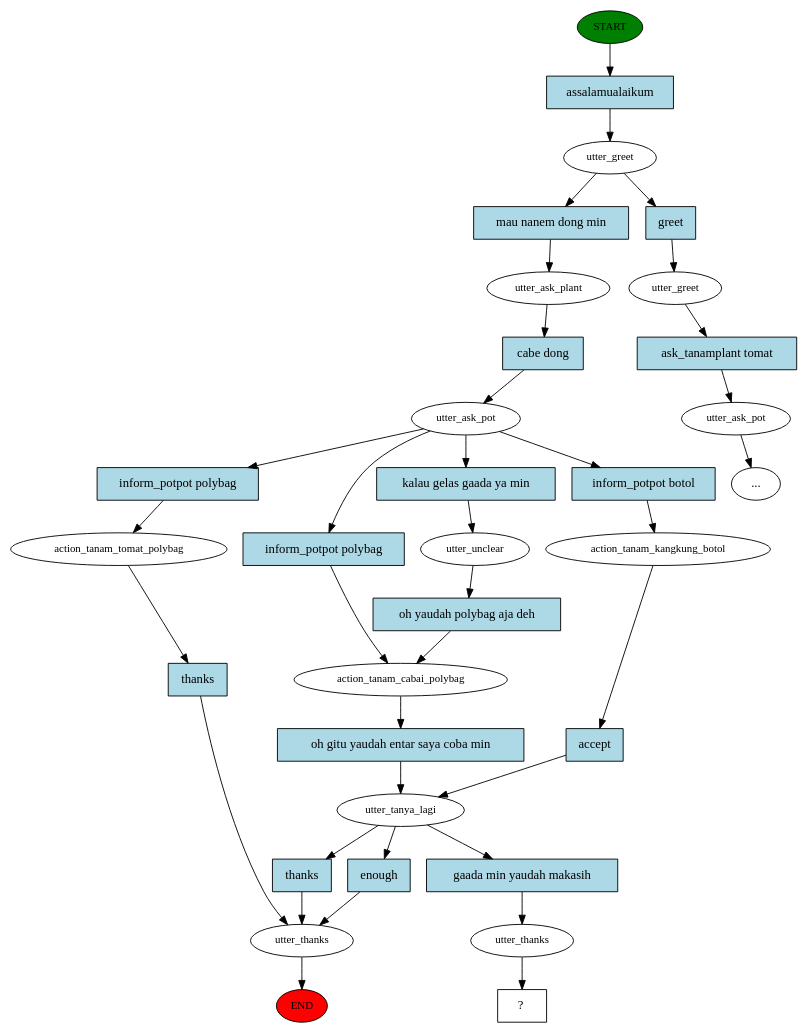
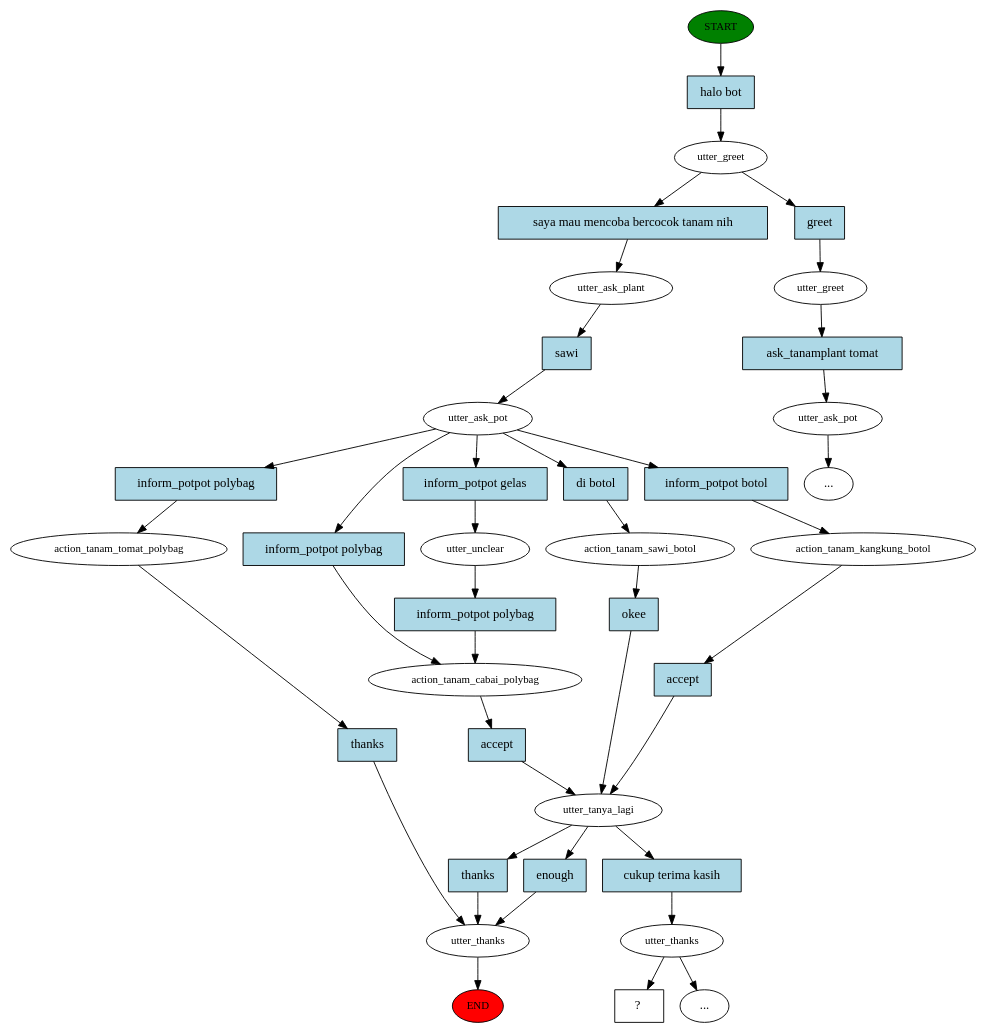
The diagram in story_graph.dot (naufalmukhbit/Chatbot2019), drawn with Graphviz before and after one commit. The commit also changed 16 other files, not shown here.

```diff
--- a/story_graph.dot
+++ b/story_graph.dot
@@ -1,69 +1,78 @@
 digraph  {
 0 [class="start active", fillcolor=green, fontsize=12, label=START, style=filled];
 "-1" [class=end, fillcolor=red, fontsize=12, label=END, style=filled];
 1 [class=active, fontsize=12, label=utter_greet];
 2 [class=active, fontsize=12, label=utter_ask_plant];
 3 [class=active, fontsize=12, label=utter_ask_pot];
-4 [class="", fontsize=12, label=action_tanam_tomat_polybag];
-5 [class="", fontsize=12, label=utter_thanks];
-9 [class=active, fontsize=12, label=action_tanam_cabai_polybag];
-10 [class=active, fontsize=12, label=utter_tanya_lagi];
-13 [class="", fontsize=12, label=utter_greet];
-14 [class="", fontsize=12, label=utter_ask_pot];
+4 [class="", fontsize=12, label=action_tanam_kangkung_botol];
+5 [class=active, fontsize=12, label=utter_tanya_lagi];
+6 [class="", fontsize=12, label=utter_thanks];
+10 [class="", fontsize=12, label=action_tanam_tomat_polybag];
+15 [class="", fontsize=12, label=action_tanam_cabai_polybag];
+19 [class="", fontsize=12, label=utter_greet];
+20 [class="", fontsize=12, label=utter_ask_pot];
 "-3" [class=ellipsis, label="..."];
-18 [class="", fontsize=12, label=action_tanam_kangkung_botol];
-24 [class=active, fontsize=12, label=utter_unclear];
+24 [class="", fontsize=12, label=utter_unclear];
 27 [class=active, fontsize=12, label=utter_thanks];
-28 [class="intent dashed active", label="  ?  ", shape=rect];
-29 [class="intent active", fillcolor=lightblue, label=assalamualaikum, shape=rect, style=filled];
-30 [class="intent active", fillcolor=lightblue, label="mau nanem dong min", shape=rect, style=filled];
-31 [class=intent, fillcolor=lightblue, label=greet, shape=rect, style=filled];
-32 [class="intent active", fillcolor=lightblue, label="cabe dong", shape=rect, style=filled];
-33 [class=intent, fillcolor=lightblue, label="inform_potpot polybag", shape=rect, style=filled];
-34 [class=intent, fillcolor=lightblue, label="inform_potpot polybag", shape=rect, style=filled];
-35 [class=intent, fillcolor=lightblue, label="inform_potpot botol", shape=rect, style=filled];
-36 [class="intent active", fillcolor=lightblue, label="kalau gelas gaada ya min", shape=rect, style=filled];
-37 [class=intent, fillcolor=lightblue, label=thanks, shape=rect, style=filled];
-38 [class="intent active", fillcolor=lightblue, label="oh gitu yaudah entar saya coba min", shape=rect, style=filled];
-39 [class=intent, fillcolor=lightblue, label=thanks, shape=rect, style=filled];
-40 [class=intent, fillcolor=lightblue, label=enough, shape=rect, style=filled];
-41 [class="intent active", fillcolor=lightblue, label="gaada min yaudah makasih", shape=rect, style=filled];
-42 [class=intent, fillcolor=lightblue, label="ask_tanamplant tomat", shape=rect, style=filled];
-43 [class=intent, fillcolor=lightblue, label=accept, shape=rect, style=filled];
-44 [class="intent active", fillcolor=lightblue, label="oh yaudah polybag aja deh", shape=rect, style=filled];
-0 -> 29  [class=active, key=0];
-1 -> 30  [class=active, key=0];
-1 -> 31  [class="", key=0];
-2 -> 32  [class=active, key=0];
-3 -> 33  [class="", key=0];
-3 -> 34  [class="", key=0];
-3 -> 35  [class="", key=0];
-3 -> 36  [class=active, key=0];
-4 -> 37  [class="", key=0];
-5 -> "-1"  [class="", key=NONE, label=""];
-9 -> 38  [class=active, key=0];
-10 -> 39  [class="", key=0];
-10 -> 40  [class="", key=0];
-10 -> 41  [class=active, key=0];
-13 -> 42  [class="", key=0];
-14 -> "-3"  [class="", key=NONE, label=""];
-18 -> 43  [class="", key=0];
-24 -> 44  [class=active, key=0];
-27 -> 28  [class=active, key=NONE, label=""];
-29 -> 1  [class=active, key=0];
-30 -> 2  [class=active, key=0];
-31 -> 13  [class="", key=0];
-32 -> 3  [class=active, key=0];
-33 -> 4  [class="", key=0];
-34 -> 9  [class="", key=0];
-35 -> 18  [class="", key=0];
-36 -> 24  [class=active, key=0];
-37 -> 5  [class="", key=0];
-38 -> 10  [class=active, key=0];
-39 -> 5  [class="", key=0];
-40 -> 5  [class="", key=0];
-41 -> 27  [class=active, key=0];
-42 -> 14  [class="", key=0];
-43 -> 10  [class="", key=0];
-44 -> 9  [class=active, key=0];
+"-4" [class=ellipsis, label="..."];
+31 [class=active, fontsize=12, label=action_tanam_sawi_botol];
+34 [class="intent dashed active", label="  ?  ", shape=rect];
+35 [class="intent active", fillcolor=lightblue, label="halo bot", shape=rect, style=filled];
+36 [class="intent active", fillcolor=lightblue, label="saya mau mencoba bercocok tanam nih", shape=rect, style=filled];
+37 [class=intent, fillcolor=lightblue, label=greet, shape=rect, style=filled];
+38 [class="intent active", fillcolor=lightblue, label=sawi, shape=rect, style=filled];
+39 [class=intent, fillcolor=lightblue, label="inform_potpot botol", shape=rect, style=filled];
+40 [class=intent, fillcolor=lightblue, label="inform_potpot polybag", shape=rect, style=filled];
+41 [class=intent, fillcolor=lightblue, label="inform_potpot polybag", shape=rect, style=filled];
+42 [class=intent, fillcolor=lightblue, label="inform_potpot gelas", shape=rect, style=filled];
+43 [class="intent active", fillcolor=lightblue, label="di botol", shape=rect, style=filled];
+44 [class=intent, fillcolor=lightblue, label=accept, shape=rect, style=filled];
+45 [class=intent, fillcolor=lightblue, label=enough, shape=rect, style=filled];
+46 [class=intent, fillcolor=lightblue, label=thanks, shape=rect, style=filled];
+47 [class="intent active", fillcolor=lightblue, label="cukup terima kasih", shape=rect, style=filled];
+48 [class=intent, fillcolor=lightblue, label=thanks, shape=rect, style=filled];
+49 [class=intent, fillcolor=lightblue, label=accept, shape=rect, style=filled];
+50 [class=intent, fillcolor=lightblue, label="ask_tanamplant tomat", shape=rect, style=filled];
+51 [class=intent, fillcolor=lightblue, label="inform_potpot polybag", shape=rect, style=filled];
+52 [class="intent active", fillcolor=lightblue, label=okee, shape=rect, style=filled];
+0 -> 35  [class=active, key=0];
+1 -> 36  [class=active, key=0];
+1 -> 37  [class="", key=0];
+2 -> 38  [class=active, key=0];
+3 -> 39  [class="", key=0];
+3 -> 40  [class="", key=0];
+3 -> 41  [class="", key=0];
+3 -> 42  [class="", key=0];
+3 -> 43  [class=active, key=0];
+4 -> 44  [class="", key=0];
+5 -> 45  [class="", key=0];
+5 -> 46  [class="", key=0];
+5 -> 47  [class=active, key=0];
+6 -> "-1"  [class="", key=NONE, label=""];
+10 -> 48  [class="", key=0];
+15 -> 49  [class="", key=0];
+19 -> 50  [class="", key=0];
+20 -> "-3"  [class="", key=NONE, label=""];
+24 -> 51  [class="", key=0];
+27 -> "-4"  [class="", key=NONE, label=""];
+27 -> 34  [class=active, key=NONE, label=""];
+31 -> 52  [class=active, key=0];
+35 -> 1  [class=active, key=0];
+36 -> 2  [class=active, key=0];
+37 -> 19  [class="", key=0];
+38 -> 3  [class=active, key=0];
+39 -> 4  [class="", key=0];
+40 -> 10  [class="", key=0];
+41 -> 15  [class="", key=0];
+42 -> 24  [class="", key=0];
+43 -> 31  [class=active, key=0];
+44 -> 5  [class="", key=0];
+45 -> 6  [class="", key=0];
+46 -> 6  [class="", key=0];
+47 -> 27  [class=active, key=0];
+48 -> 6  [class="", key=0];
+49 -> 5  [class="", key=0];
+50 -> 20  [class="", key=0];
+51 -> 15  [class="", key=0];
+52 -> 5  [class=active, key=0];
 }
```
